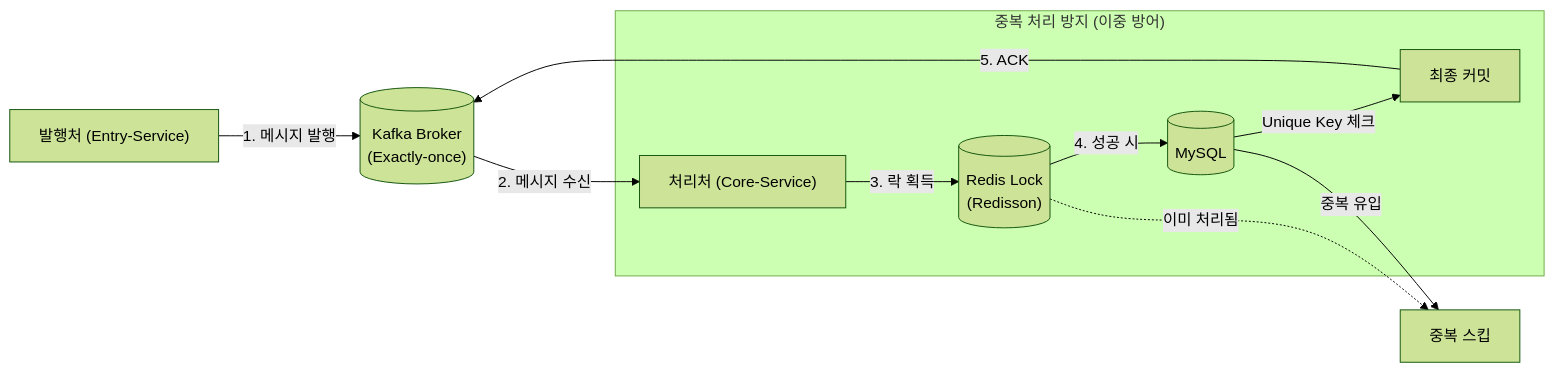
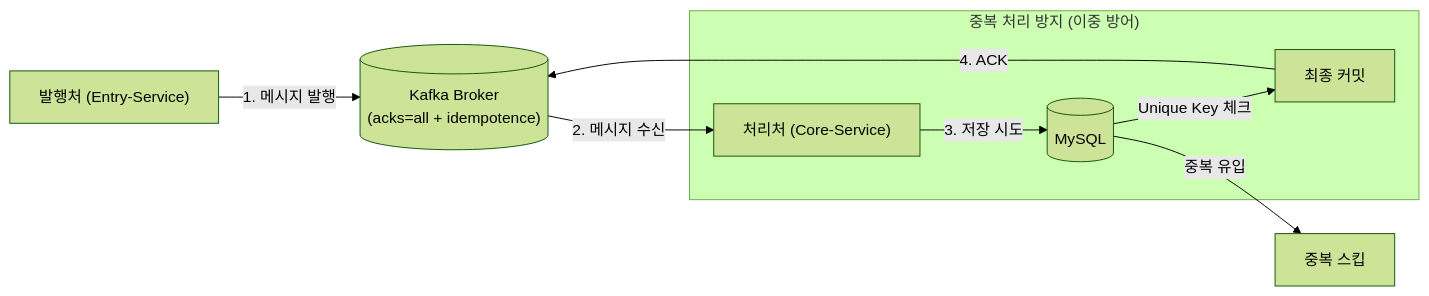
Before and after one commit to NileTheKing/marketing-intelligence-platform: the eighth of 18 diagrams in docs/PORTFOLIO_MASTER.md, drawn with Mermaid (forest theme). The commit also changed other lines of this file and 12 other files, not shown here.

Commit message:
docs: clarify portfolio evidence and roadmap state

````diff
--- a/docs/PORTFOLIO_MASTER.md
+++ b/docs/PORTFOLIO_MASTER.md
@@ -287,15 +287,13 @@
 ```mermaid
 flowchart LR
-    Producer["발행처 (Entry-Service)"] -->|1. 메시지 발행| Kafka[("Kafka Broker\n(Exactly-once)")]
+    Producer["발행처 (Entry-Service)"] -->|1. 메시지 발행| Kafka[("Kafka Broker\n(acks=all + idempotence)")]
     Kafka -->|2. 메시지 수신| Consumer["처리처 (Core-Service)"]
     
     subgraph Idempotent_Process ["중복 처리 방지 (이중 방어)"]
-        Consumer -->|3. 락 획득| Redis[("Redis Lock\n(Redisson)")]
-        Redis -->|4. 성공 시| DB[(MySQL)]
+        Consumer -->|3. 저장 시도| DB[(MySQL)]
         DB -->|Unique Key 체크| Commit["최종 커밋"]
     end
     
-    Commit -->|5. ACK| Kafka
-    Redis -.->|이미 처리됨| Skip["중복 스킵"]
+    Commit -->|4. ACK| Kafka
     DB -->|중복 유입| Skip["중복 스킵"]
 ```
````
